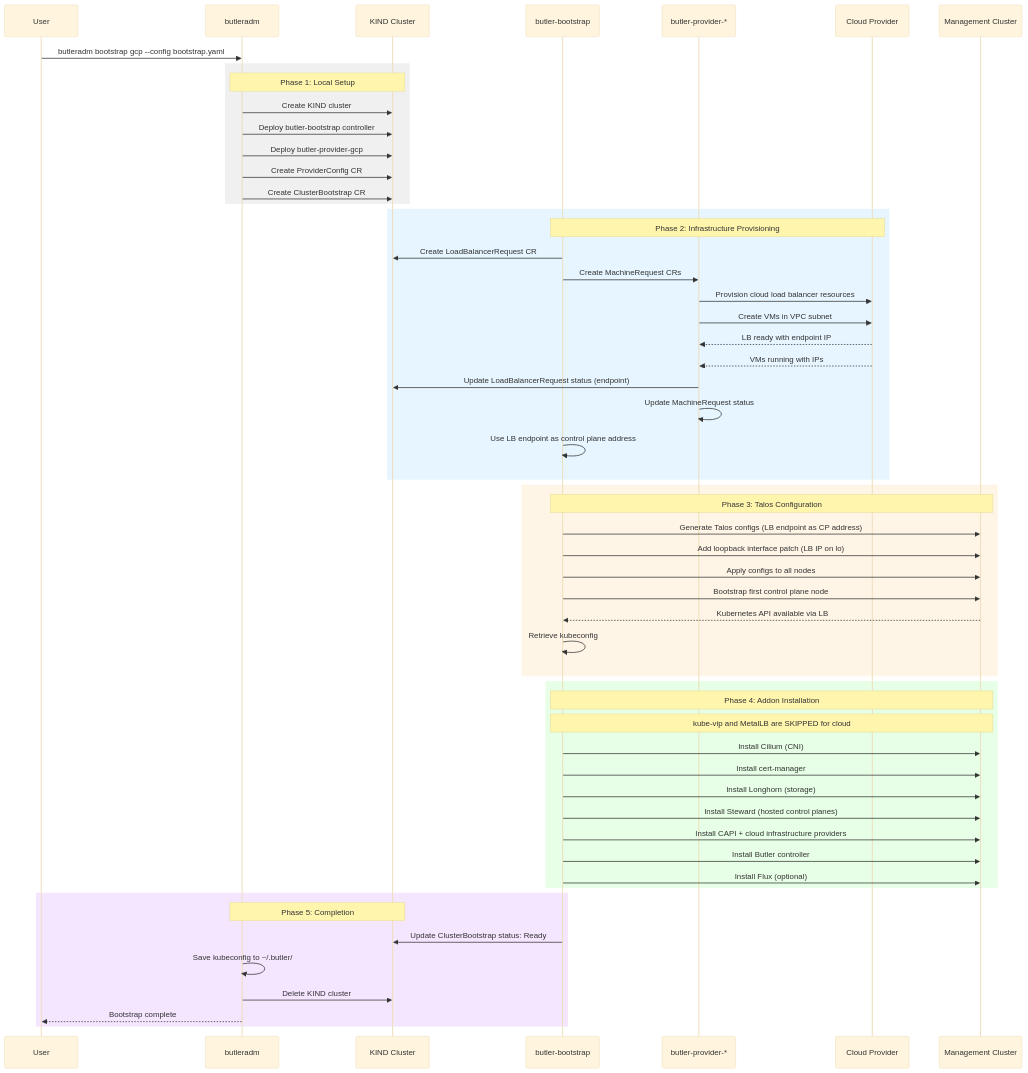
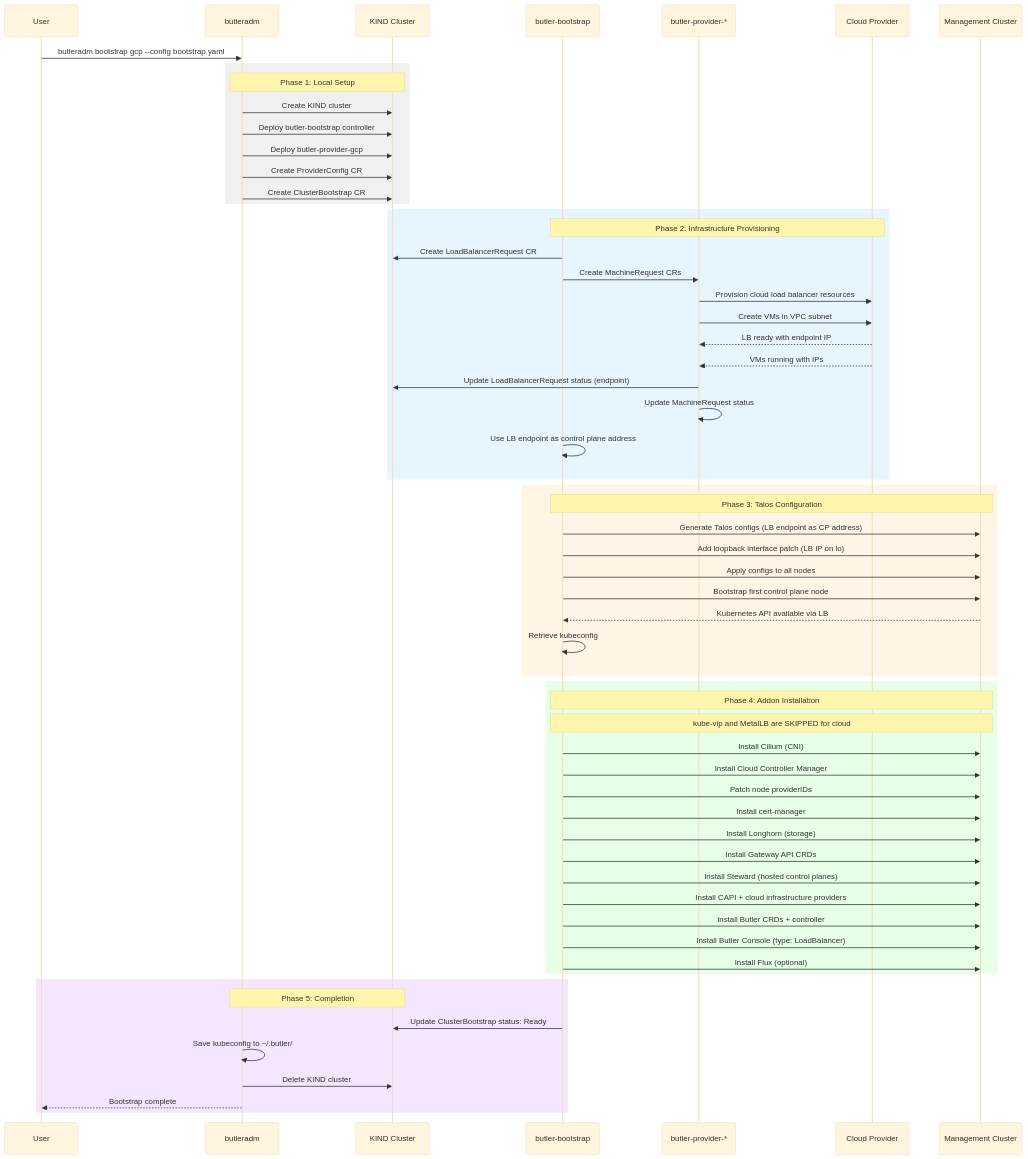
Before and after one commit to butlerdotdev/butler: the second of 2 diagrams in docs/architecture/bootstrap-flow.md, drawn with Mermaid (base theme). The commit also changed other lines of this file, not shown here.

First line of the commit message:
docs: update bootstrap-flow addon table and expand troubleshooting

````diff
--- a/docs/architecture/bootstrap-flow.md
+++ b/docs/architecture/bootstrap-flow.md
@@ -106,64 +108,68 @@
 ```mermaid
 sequenceDiagram
     participant User
     participant CLI as butleradm
     participant KIND as KIND Cluster
     participant Bootstrap as butler-bootstrap
     participant Provider as butler-provider-*
     participant Cloud as Cloud Provider
     participant MC as Management Cluster
 
     User->>CLI: butleradm bootstrap gcp --config bootstrap.yaml
 
     rect rgb(240, 240, 240)
         Note over CLI,KIND: Phase 1: Local Setup
         CLI->>KIND: Create KIND cluster
         CLI->>KIND: Deploy butler-bootstrap controller
         CLI->>KIND: Deploy butler-provider-gcp
         CLI->>KIND: Create ProviderConfig CR
         CLI->>KIND: Create ClusterBootstrap CR
     end
 
     rect rgb(230, 245, 255)
         Note over Bootstrap,Cloud: Phase 2: Infrastructure Provisioning
         Bootstrap->>KIND: Create LoadBalancerRequest CR
         Bootstrap->>Provider: Create MachineRequest CRs
         Provider->>Cloud: Provision cloud load balancer resources
         Provider->>Cloud: Create VMs in VPC subnet
         Cloud-->>Provider: LB ready with endpoint IP
         Cloud-->>Provider: VMs running with IPs
         Provider->>KIND: Update LoadBalancerRequest status (endpoint)
         Provider->>Provider: Update MachineRequest status
         Bootstrap->>Bootstrap: Use LB endpoint as control plane address
     end
 
     rect rgb(255, 245, 230)
         Note over Bootstrap,MC: Phase 3: Talos Configuration
         Bootstrap->>MC: Generate Talos configs (LB endpoint as CP address)
         Bootstrap->>MC: Add loopback interface patch (LB IP on lo)
         Bootstrap->>MC: Apply configs to all nodes
         Bootstrap->>MC: Bootstrap first control plane node
         MC-->>Bootstrap: Kubernetes API available via LB
         Bootstrap->>Bootstrap: Retrieve kubeconfig
     end
 
     rect rgb(230, 255, 230)
         Note over Bootstrap,MC: Phase 4: Addon Installation
         Note over Bootstrap,MC: kube-vip and MetalLB are SKIPPED for cloud
         Bootstrap->>MC: Install Cilium (CNI)
+        Bootstrap->>MC: Install Cloud Controller Manager
+        Bootstrap->>MC: Patch node providerIDs
         Bootstrap->>MC: Install cert-manager
         Bootstrap->>MC: Install Longhorn (storage)
+        Bootstrap->>MC: Install Gateway API CRDs
         Bootstrap->>MC: Install Steward (hosted control planes)
         Bootstrap->>MC: Install CAPI + cloud infrastructure providers
-        Bootstrap->>MC: Install Butler controller
+        Bootstrap->>MC: Install Butler CRDs + controller
+        Bootstrap->>MC: Install Butler Console (type: LoadBalancer)
         Bootstrap->>MC: Install Flux (optional)
     end
 
     rect rgb(245, 230, 255)
         Note over CLI,KIND: Phase 5: Completion
         Bootstrap->>KIND: Update ClusterBootstrap status: Ready
         CLI->>CLI: Save kubeconfig to ~/.butler/
         CLI->>KIND: Delete KIND cluster
         CLI-->>User: Bootstrap complete
     end
 ```
````
